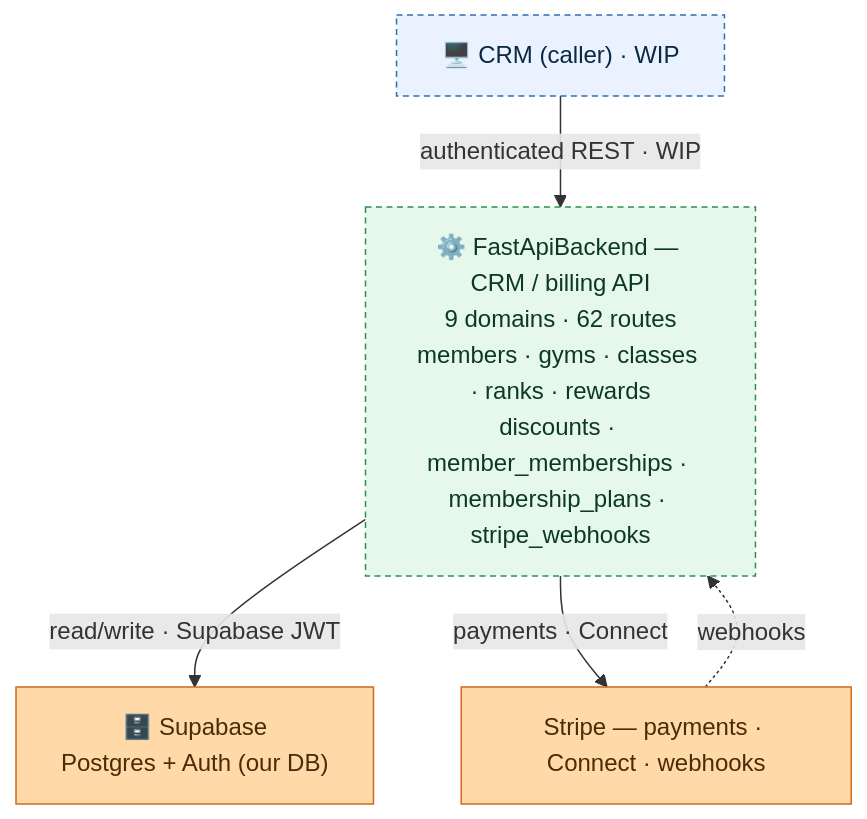
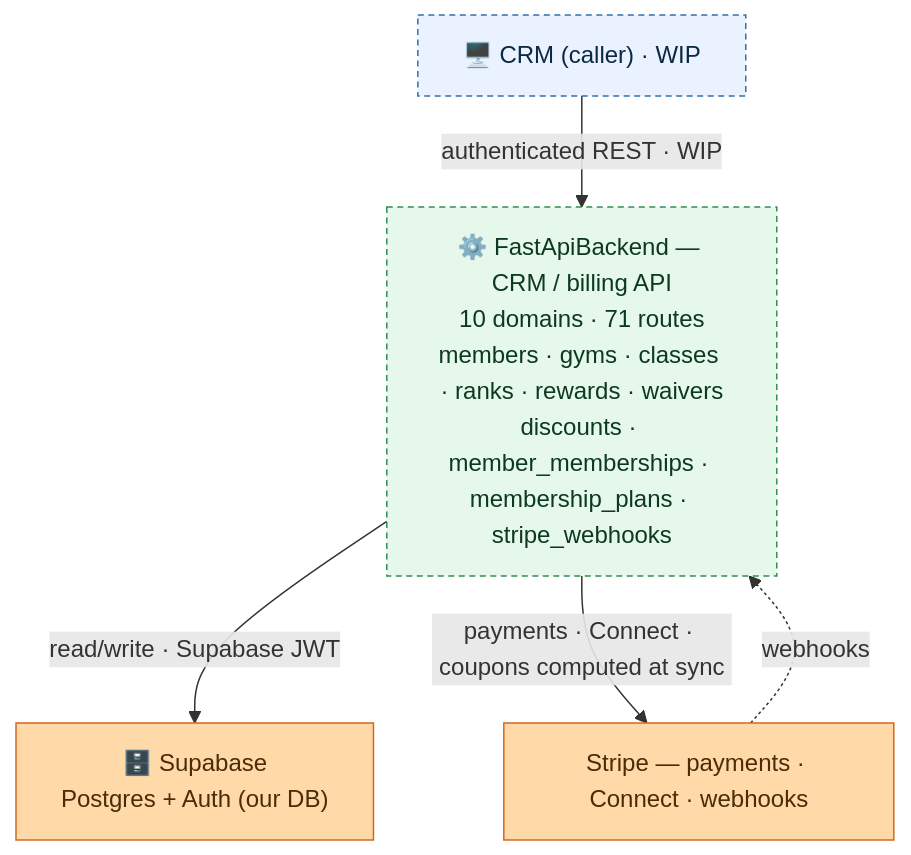
Before and after one commit to jesse51002/CombatDen: the diagram in FastApiBackend/README.md, drawn with Mermaid. The commit also changed other lines of this file and 323 other files, not shown here.

````diff
--- a/FastApiBackend/README.md
+++ b/FastApiBackend/README.md
@@ -15,19 +15,19 @@
 ```mermaid
 flowchart TB
   CRM["🖥️ CRM (caller) · WIP"]
-  FB["⚙️ FastApiBackend — CRM / billing API<br/>9 domains · 62 routes<br/>members · gyms · classes · ranks · rewards<br/>discounts · member_memberships · membership_plans · stripe_webhooks"]
+  FB["⚙️ FastApiBackend — CRM / billing API<br/>10 domains · 71 routes<br/>members · gyms · classes · ranks · rewards · waivers<br/>discounts · member_memberships · membership_plans · stripe_webhooks"]
   Supabase["🗄️ Supabase<br/>Postgres + Auth (our DB)"]
   Stripe["Stripe — payments · Connect · webhooks"]
   CRM -->|"authenticated REST · WIP"| FB
   FB -->|"read/write · Supabase JWT"| Supabase
-  FB -->|"payments · Connect"| Stripe
+  FB -->|"payments · Connect · coupons computed at sync"| Stripe
   Stripe -.->|"webhooks"| FB
   classDef client fill:#eaf2ff,stroke:#2f6fb0,color:#0b2942;
   classDef svc fill:#e6f7ec,stroke:#2f8f53,color:#0c3a1f;
   classDef ext fill:#ffd9a8,stroke:#d2691e,color:#4a2c08;
   class CRM client;
   class FB svc;
   class Supabase,Stripe ext;
   style CRM stroke-dasharray:4 3;
   style FB stroke-dasharray:4 3;
 ```
````
